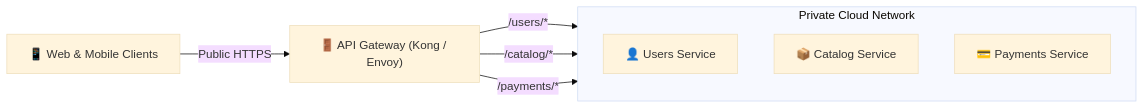
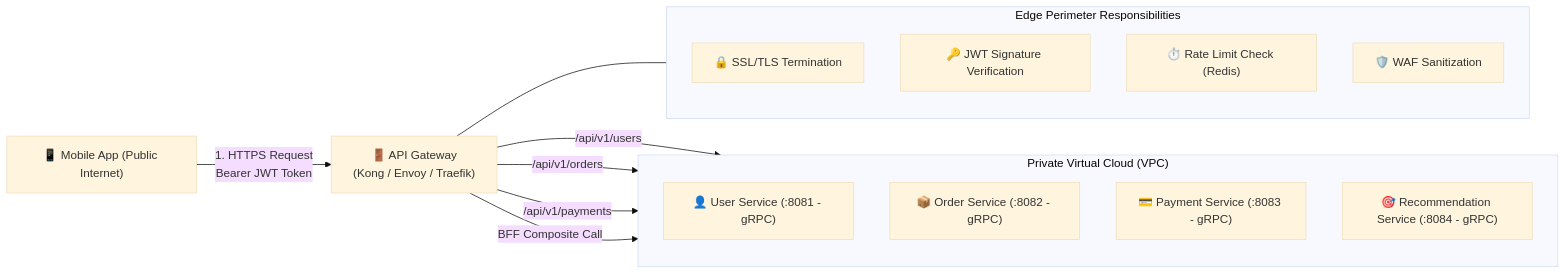
Before and after one commit to Aniketchavan7/system-design-illustrated: the first of 2 diagrams in 04-api-gateways-and-proxies/README.md, drawn with Mermaid (base theme). The commit also changed other lines of this file and 25 other files, not shown here.

````diff
--- a/04-api-gateways-and-proxies/README.md
+++ b/04-api-gateways-and-proxies/README.md
@@ -14,15 +61,27 @@
 ```mermaid
 flowchart LR
-    Client["📱 Web & Mobile Clients"] -->|Public HTTPS| GW["🚪 API Gateway (Kong / Envoy)"]
+    Client["📱 Mobile App (Public Internet)"] -->|1. HTTPS Request<br/>Bearer JWT Token| GW["🚪 API Gateway<br/>(Kong / Envoy / Traefik)"]
 
-    subgraph InternalPerimeter["Private Cloud Network"]
+    subgraph CrossCutting["Edge Perimeter Responsibilities"]
         direction TB
-        S1["👤 Users Service"]
-        S2["📦 Catalog Service"]
-        S3["💳 Payments Service"]
+        SSL["🔒 SSL/TLS Termination"]
+        Auth["🔑 JWT Signature Verification"]
+        Rate["⏱️ Rate Limit Check (Redis)"]
+        WAF["🛡️ WAF Sanitization"]
     end
 
-    GW -->|/users/*| S1
-    GW -->|/catalog/*| S2
-    GW -->|/payments/*| S3
+    GW --- CrossCutting
+
+    subgraph PrivateNetwork["Private Virtual Cloud (VPC)"]
+        direction TB
+        S1["👤 User Service (:8081 - gRPC)"]
+        S2["📦 Order Service (:8082 - gRPC)"]
+        S3["💳 Payment Service (:8083 - gRPC)"]
+        S4["🎯 Recommendation Service (:8084 - gRPC)"]
+    end
+
+    GW -->|/api/v1/users| S1
+    GW -->|/api/v1/orders| S2
+    GW -->|/api/v1/payments| S3
+    GW -->|BFF Composite Call| S4
 ```
````
